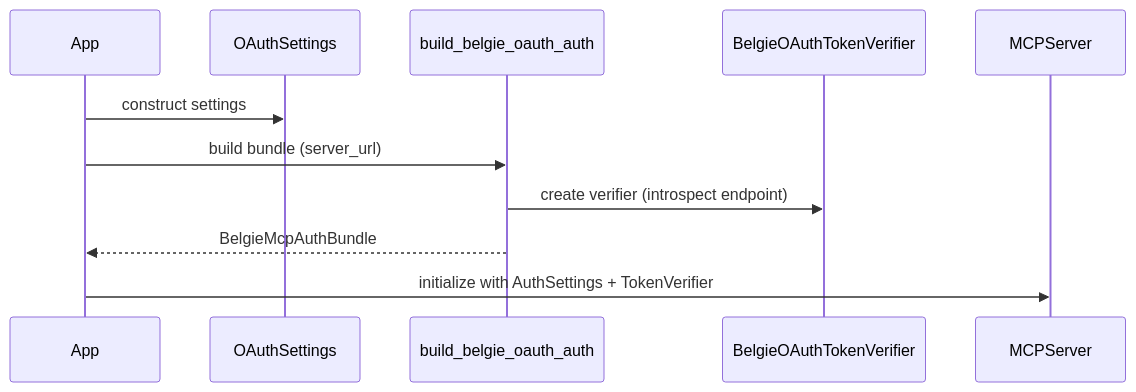
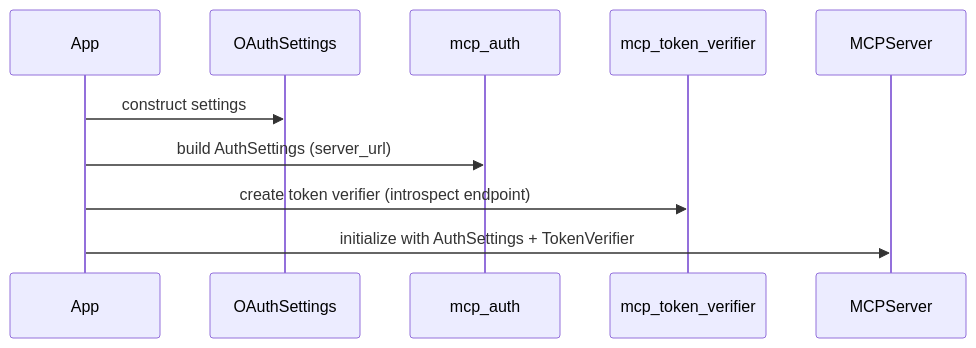
One commit to mplemay/belgie changed the second of 6 diagrams in design/012-belgie-mcp-oauth-support.md. Above: the diagram before and after it, drawn with Mermaid. The commit also changed other lines of this file and 11 other files, not shown here.

Commit message:
feat: add mcp plugin and split auth helpers

````diff
--- a/design/012-belgie-mcp-oauth-support.md
+++ b/design/012-belgie-mcp-oauth-support.md
@@ -74,14 +79,13 @@
 ```mermaid
 sequenceDiagram
     participant App
     participant OAuthSettings
-    participant Helper as build_belgie_oauth_auth
-    participant Verifier as BelgieOAuthTokenVerifier
+    participant Auth as mcp_auth
+    participant Verifier as mcp_token_verifier
     participant MCP as MCPServer
 
     App->>OAuthSettings: construct settings
-    App->>Helper: build bundle (server_url)
-    Helper->>Verifier: create verifier (introspect endpoint)
-    Helper-->>App: BelgieMcpAuthBundle
+    App->>Auth: build AuthSettings (server_url)
+    App->>Verifier: create token verifier (introspect endpoint)
     App->>MCP: initialize with AuthSettings + TokenVerifier
 ```
````
